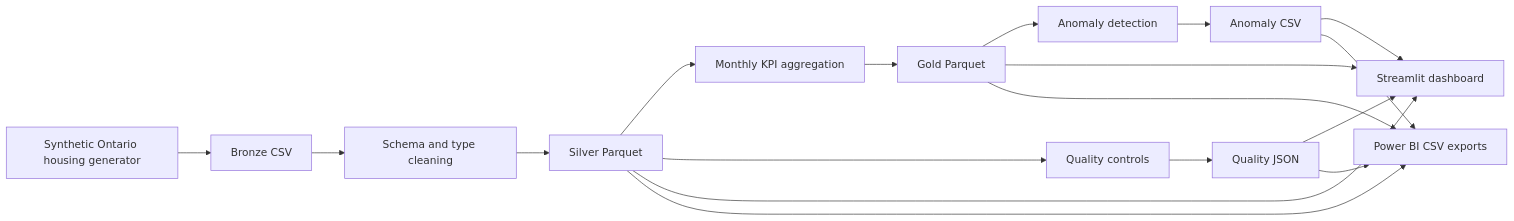
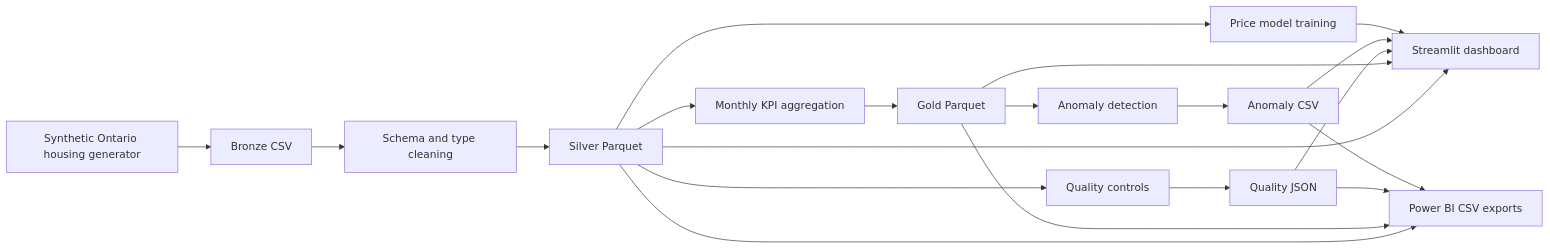
One commit to R-venkey/ontario-housing-data-observability changed the diagram in docs/architecture.md. Above: the diagram before and after it, drawn with Mermaid. The commit also changed other lines of this file and 7 other files, not shown here.

Commit message:
Add house price prediction model

````diff
--- a/docs/architecture.md
+++ b/docs/architecture.md
@@ -10,20 +10,22 @@
 ```mermaid
 flowchart LR
     A["Synthetic Ontario housing generator"] --> B["Bronze CSV"]
     B --> C["Schema and type cleaning"]
     C --> D["Silver Parquet"]
     D --> E["Monthly KPI aggregation"]
     D --> F["Quality controls"]
     E --> G["Gold Parquet"]
     G --> H["Anomaly detection"]
     F --> I["Quality JSON"]
     H --> J["Anomaly CSV"]
     D --> K["Streamlit dashboard"]
     G --> K
     I --> K
     J --> K
     D --> L["Power BI CSV exports"]
     G --> L
     I --> L
     J --> L
+    D --> M["Price model training"]
+    M --> K
 ```
````
